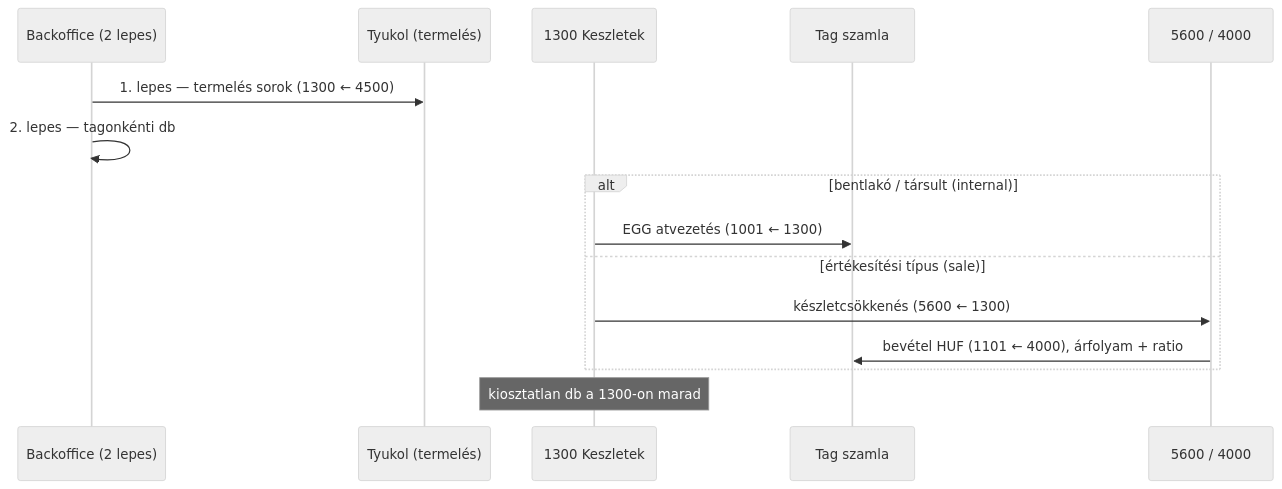
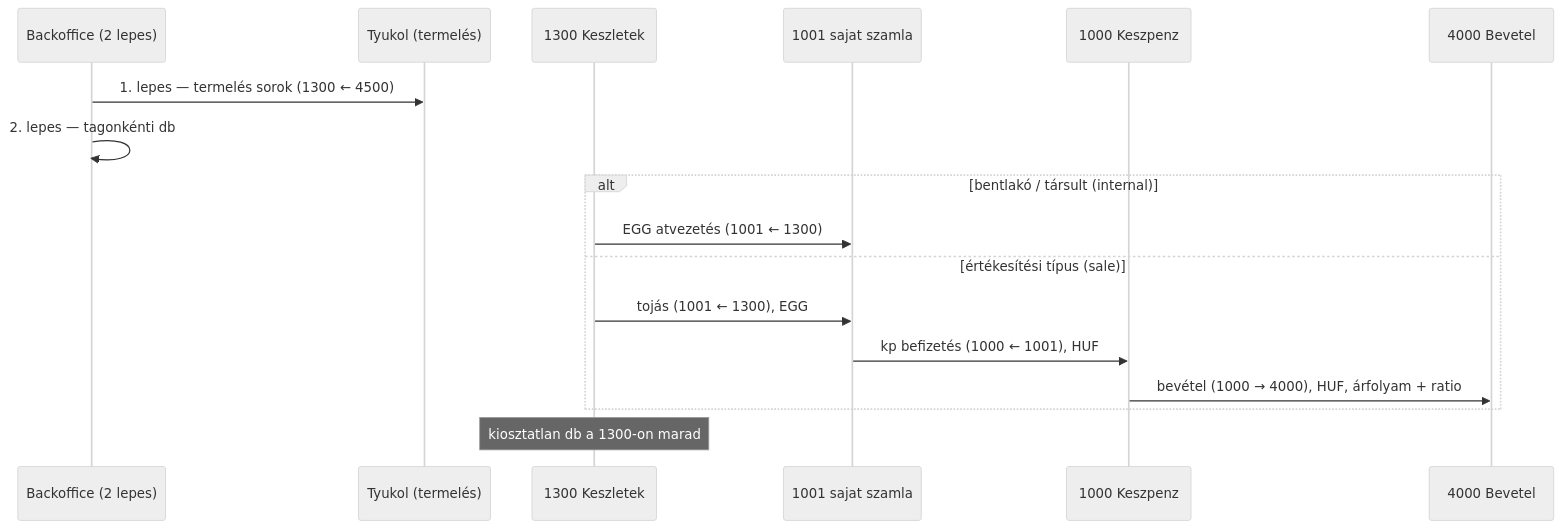
Before and after one commit to pitiboy/curr: the eighth of 18 diagrams in docs/transaction-workflow.md, drawn with Mermaid (neutral theme). The commit also changed other lines of this file and 15 other files, not shown here.

````diff
--- a/docs/transaction-workflow.md
+++ b/docs/transaction-workflow.md
@@ -378,18 +379,20 @@
 ```mermaid
 sequenceDiagram
   participant BO as Backoffice (2 lepes)
   participant Ol as Tyukol (termelés)
   participant Keszlet as 1300 Keszletek
-  participant Tag as Tag szamla
-  participant Ert as 5600 / 4000
+  participant Tag as 1001 sajat szamla
+  participant Penztar as 1000 Keszpenz
+  participant Ert as 4000 Bevetel
 
   BO->>Ol: 1. lepes — termelés sorok (1300 ← 4500)
   BO->>BO: 2. lepes — tagonkénti db
   alt bentlakó / társult (internal)
     Keszlet->>Tag: EGG atvezetés (1001 ← 1300)
   else értékesítési típus (sale)
-    Keszlet->>Ert: készletcsökkenés (5600 ← 1300)
-    Ert->>Tag: bevétel HUF (1101 ← 4000), árfolyam + ratio
+    Keszlet->>Tag: tojás (1001 ← 1300), EGG
+    Tag->>Penztar: kp befizetés (1000 ← 1001), HUF
+    Penztar->>Ert: bevétel (1000 → 4000), HUF, árfolyam + ratio
   end
   Note over Keszlet: kiosztatlan db a 1300-on marad
 ```
````
